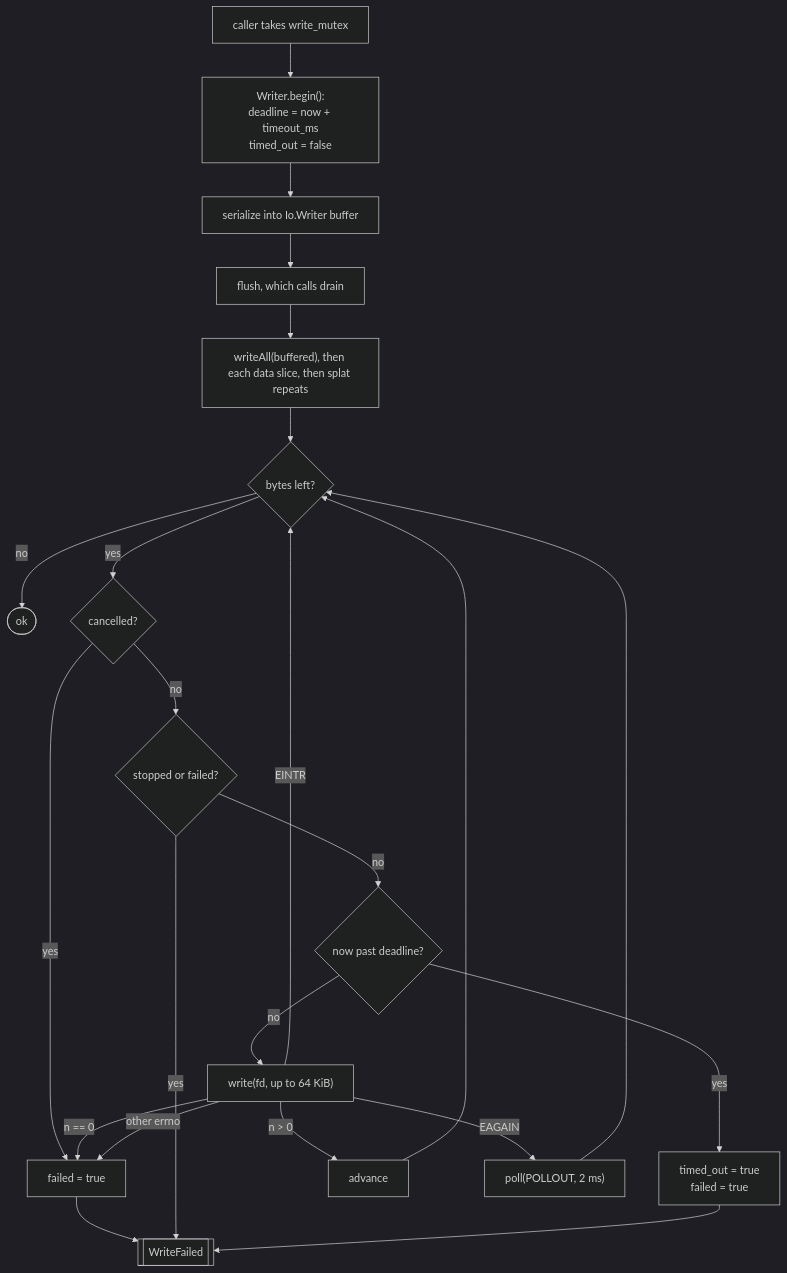
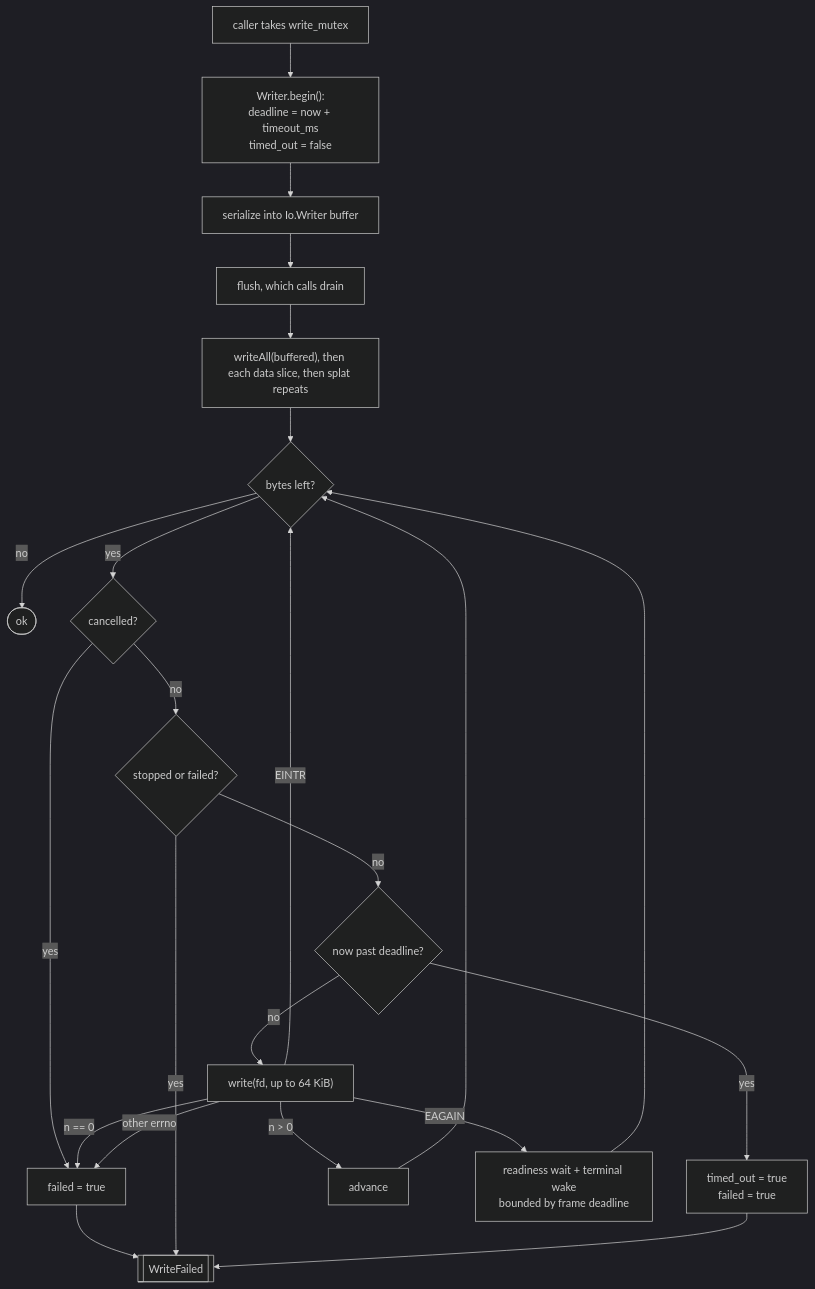
Before and after one commit to cipher-rc5/claude_agent_zig: the second of 4 diagrams in docs/transport.md, drawn with Mermaid (dark theme). The commit also changed other lines of this file and 27 other files, not shown here.

````diff
--- a/docs/transport.md
+++ b/docs/transport.md
@@ -68,21 +74,21 @@
 ```mermaid
 flowchart TD
     A["caller takes write_mutex"] --> B["Writer.begin():<br/>deadline = now + timeout_ms<br/>timed_out = false"]
     B --> C["serialize into Io.Writer buffer"]
     C --> D["flush, which calls drain"]
     D --> E["writeAll(buffered), then each data slice, then splat repeats"]
     E --> F{"bytes left?"}
     F -- no --> Done(["ok"])
     F -- yes --> G{"cancelled?"}
     G -- yes --> Fail["failed = true"] --> EW[["WriteFailed"]]
     G -- no --> H{"stopped or failed?"}
     H -- yes --> EW
     H -- no --> I{"now past deadline?"}
     I -- yes --> TO["timed_out = true<br/>failed = true"] --> EW
     I -- no --> J["write(fd, up to 64 KiB)"]
     J -- "n > 0" --> K["advance"] --> F
     J -- "n == 0" --> Fail
     J -- "EINTR" --> F
-    J -- "EAGAIN" --> P["poll(POLLOUT, 2 ms)"] --> F
+    J -- "EAGAIN" --> P["readiness wait + terminal wake<br/>bounded by frame deadline"] --> F
     J -- "other errno" --> Fail
 ```
````
